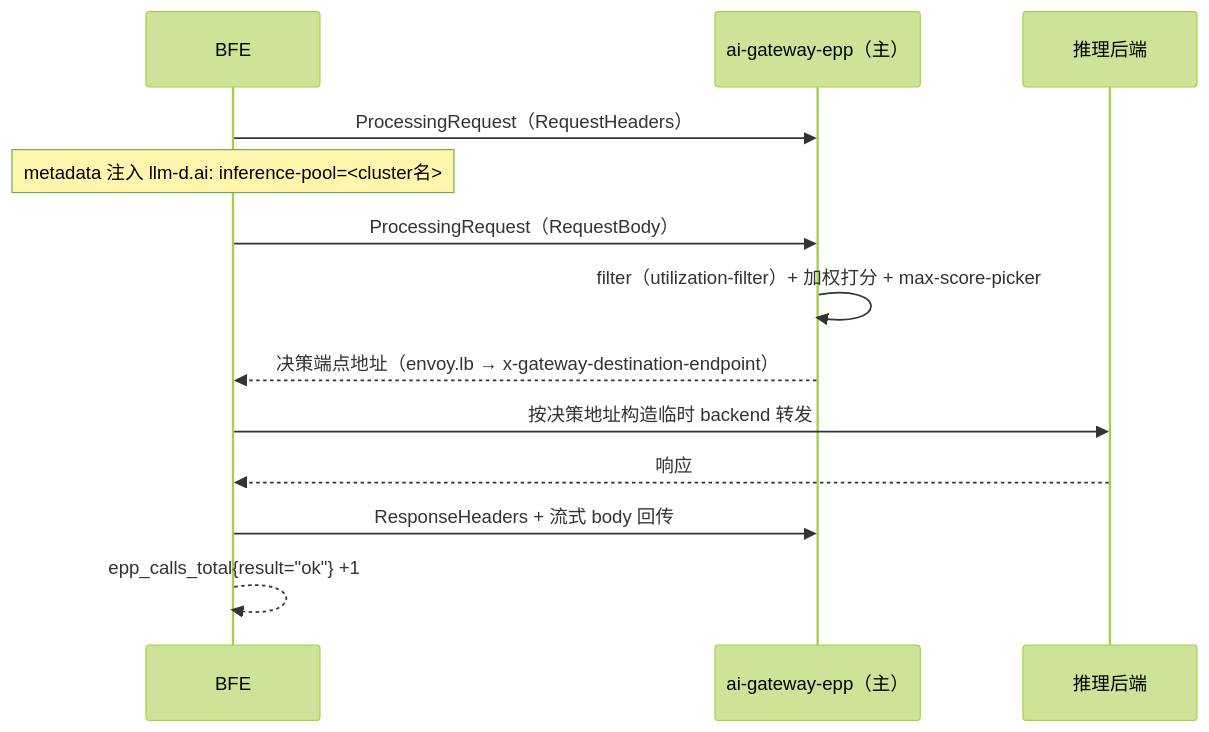
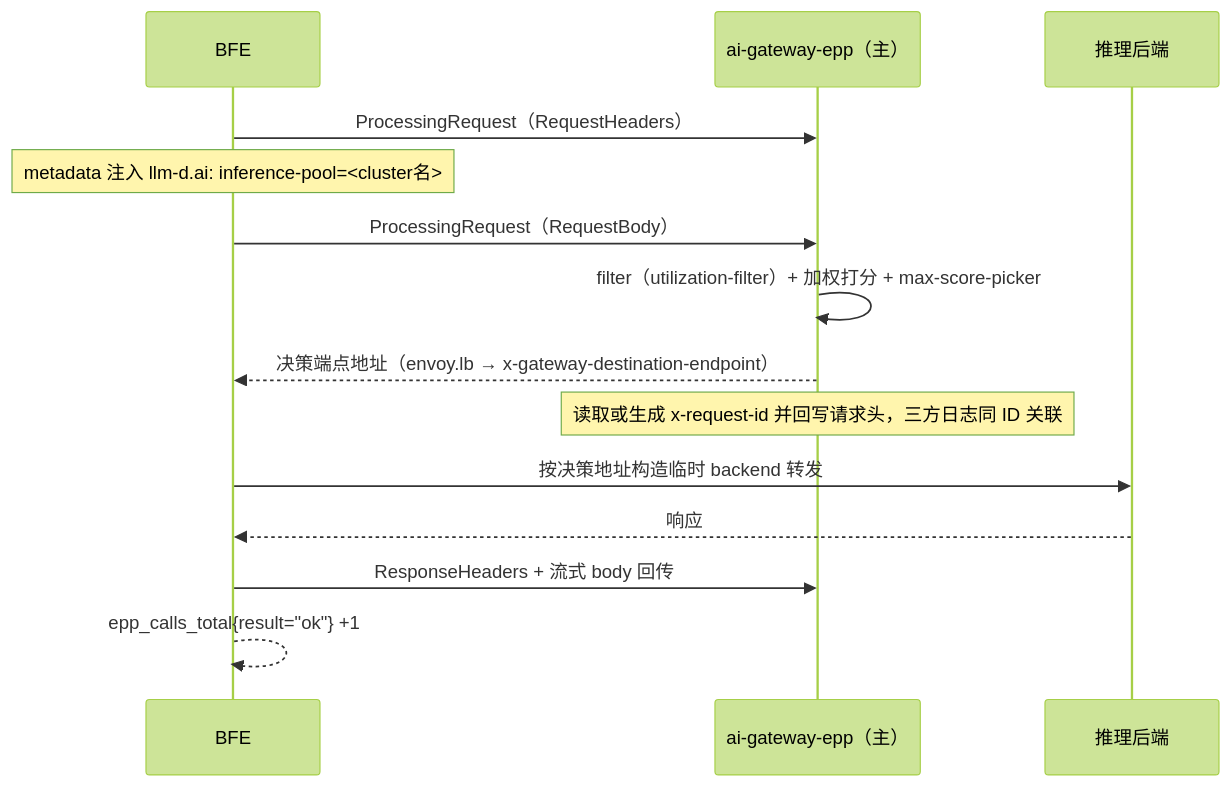
The second of 2 diagrams in implementation/chapter36-epp-implementation.md (mileszhang2016/rainway-book), drawn with Mermaid (forest theme) before and after one commit. The commit also changed other lines of this file and 55 other files, not shown here.

````diff
--- a/implementation/chapter36-epp-implementation.md
+++ b/implementation/chapter36-epp-implementation.md
@@ -122,16 +130,17 @@
 ```mermaid
 sequenceDiagram
     participant BFE
     participant EPP as ai-gateway-epp（主）
     participant RS as 推理后端
 
     BFE->>EPP: ProcessingRequest（RequestHeaders）
     Note over BFE: metadata 注入 llm-d.ai: inference-pool=<cluster名>
     BFE->>EPP: ProcessingRequest（RequestBody）
     EPP->>EPP: filter（utilization-filter）+ 加权打分 + max-score-picker
     EPP-->>BFE: 决策端点地址（envoy.lb → x-gateway-destination-endpoint）
+    Note over EPP: 读取或生成 x-request-id 并回写请求头，三方日志同 ID 关联
     BFE->>RS: 按决策地址构造临时 backend 转发
     RS-->>BFE: 响应
     BFE->>EPP: ResponseHeaders + 流式 body 回传
     BFE-->>BFE: epp_calls_total{result="ok"} +1
 ```
````
